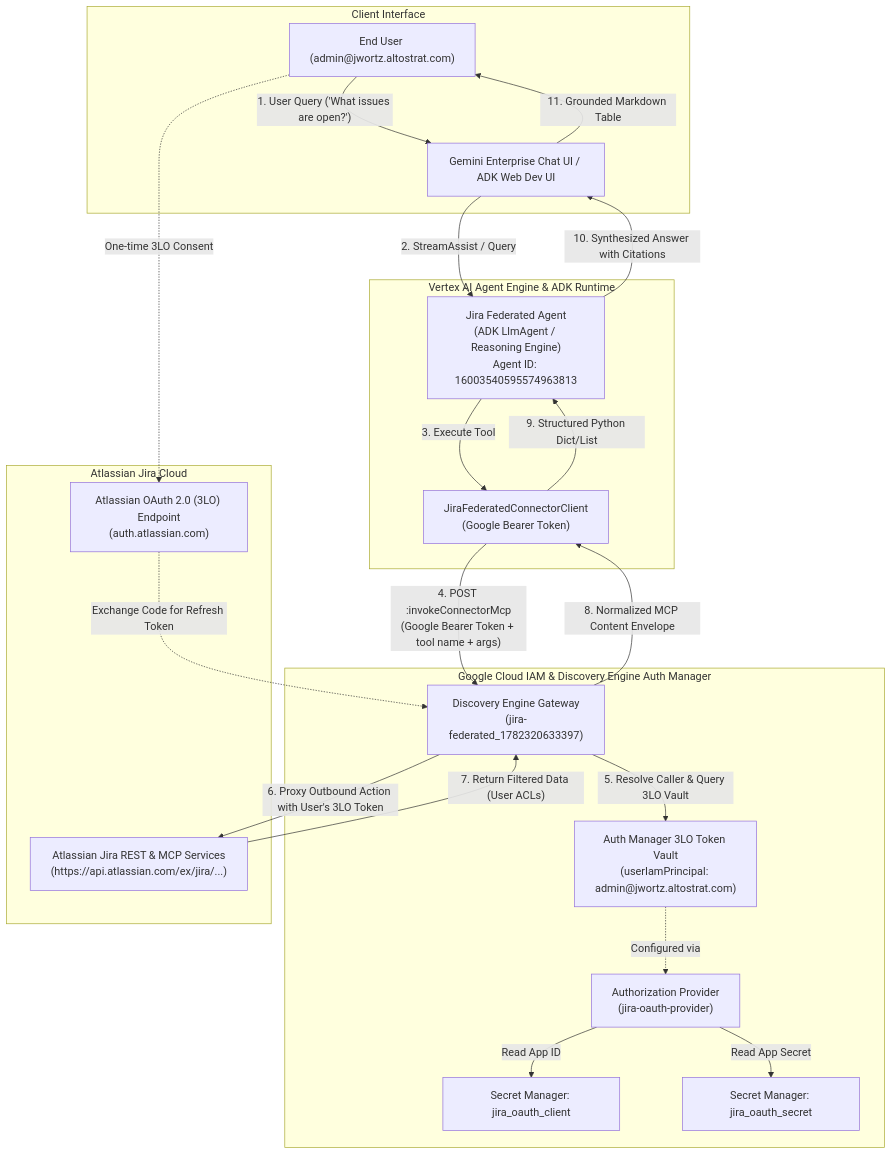
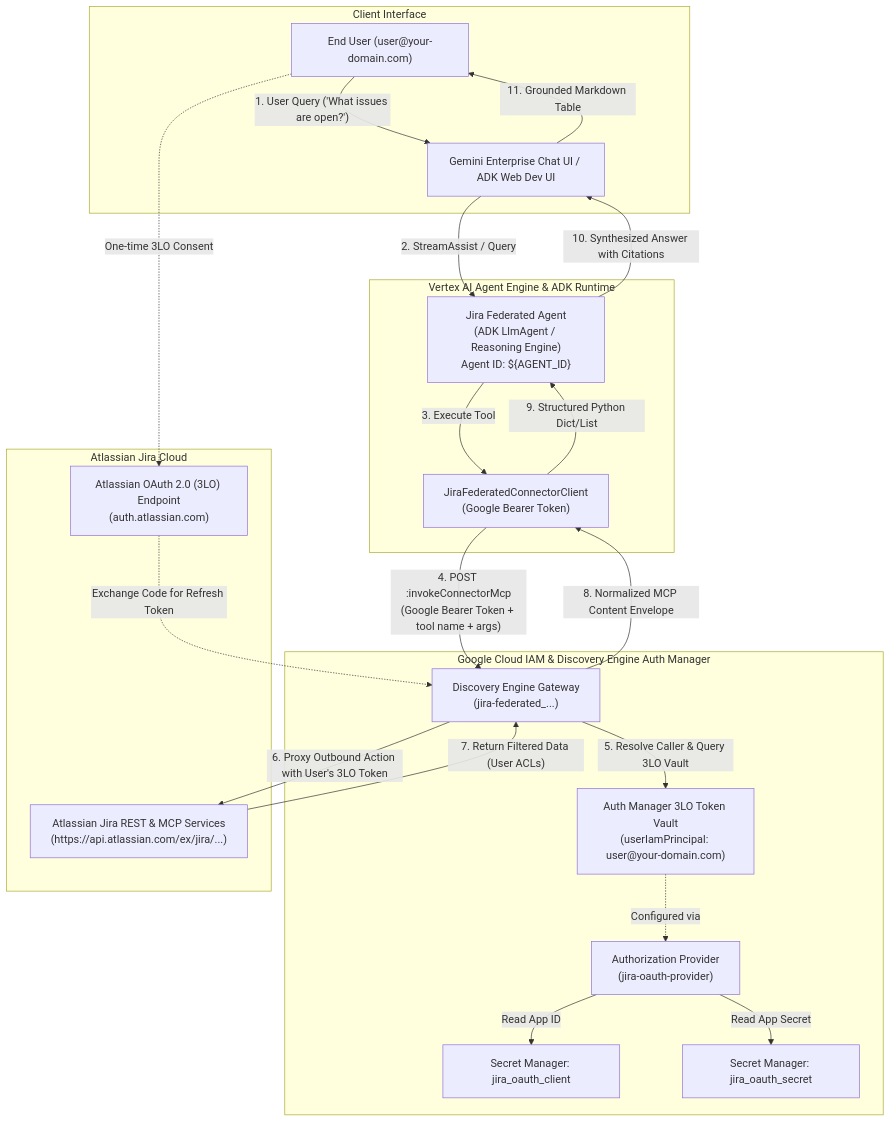
Before and after one commit to jswortz/gemini-jira-federated: the first of 3 diagrams in plan.md, drawn with Mermaid. The commit also changed other lines of this file and 9 other files, not shown here.

````diff
--- a/plan.md
+++ b/plan.md
@@ -19,46 +19,46 @@
 ```mermaid
 flowchart TD
     subgraph Client["Client Interface"]
-        User["End User (admin@jwortz.altostrat.com)"]
+        User["End User (user@your-domain.com)"]
         ChatUI["Gemini Enterprise Chat UI / ADK Web Dev UI"]
         User -->|"1. User Query ('What issues are open?')"| ChatUI
     end
 
     subgraph AgentPlatform["Vertex AI Agent Engine & ADK Runtime"]
-        Agent["Jira Federated Agent\n(ADK LlmAgent / Reasoning Engine)\nAgent ID: 16003540595574963813"]
+        Agent["Jira Federated Agent\n(ADK LlmAgent / Reasoning Engine)\nAgent ID: ${AGENT_ID}"]
         ChatUI -->|"2. StreamAssist / Query"| Agent
         AgentClient["JiraFederatedConnectorClient\n(Google Bearer Token)"]
         Agent -->|"3. Execute Tool"| AgentClient
     end
 
     subgraph GoogleIAM["Google Cloud IAM & Discovery Engine Auth Manager"]
-        DE["Discovery Engine Gateway\n(jira-federated_1782320633397)"]
+        DE["Discovery Engine Gateway\n(jira-federated_...)"]
         AgentClient -->|"4. POST :invokeConnectorMcp\n(Google Bearer Token + tool name + args)"| DE
         
-        AuthVault["Auth Manager 3LO Token Vault\n(userIamPrincipal: admin@jwortz.altostrat.com)"]
+        AuthVault["Auth Manager 3LO Token Vault\n(userIamPrincipal: user@your-domain.com)"]
         DE -->|"5. Resolve Caller & Query 3LO Vault"| AuthVault
         
         AuthProvider["Authorization Provider\n(jira-oauth-provider)"]
         AuthVault -.->|"Configured via"| AuthProvider
         
         SMClient["Secret Manager: jira_oauth_client"]
         SMSecret["Secret Manager: jira_oauth_secret"]
         AuthProvider -->|"Read App ID"| SMClient
         AuthProvider -->|"Read App Secret"| SMSecret
     end
 
     subgraph AtlassianCloud["Atlassian Jira Cloud"]
         AtlassianAuth["Atlassian OAuth 2.0 (3LO) Endpoint\n(auth.atlassian.com)"]
         AtlassianJira["Atlassian Jira REST & MCP Services\n(https://api.atlassian.com/ex/jira/...)"]
         
         User -.->|"One-time 3LO Consent"| AtlassianAuth
         AtlassianAuth -.->|"Exchange Code for Refresh Token"| DE
         DE -->|"6. Proxy Outbound Action with User's 3LO Token"| AtlassianJira
         AtlassianJira -->|"7. Return Filtered Data (User ACLs)"| DE
     end
 
     DE -->|"8. Normalized MCP Content Envelope"| AgentClient
     AgentClient -->|"9. Structured Python Dict/List"| Agent
     Agent -->|"10. Synthesized Answer with Citations"| ChatUI
     ChatUI -->|"11. Grounded Markdown Table"| User
 ```
````
